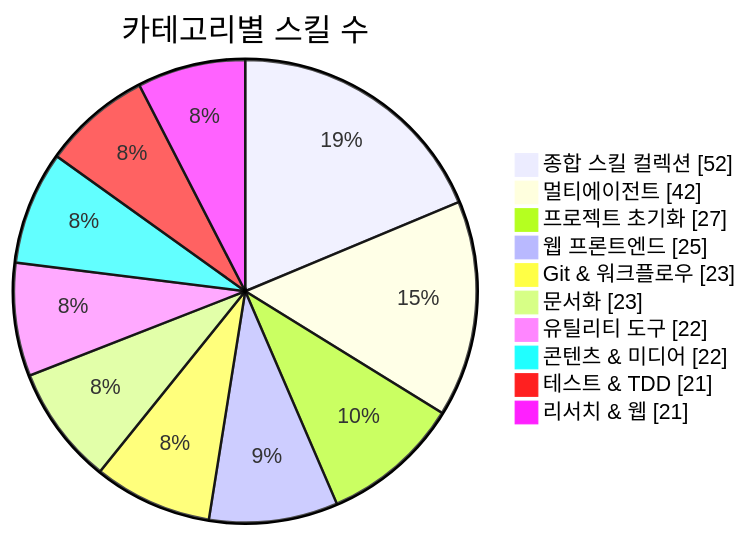
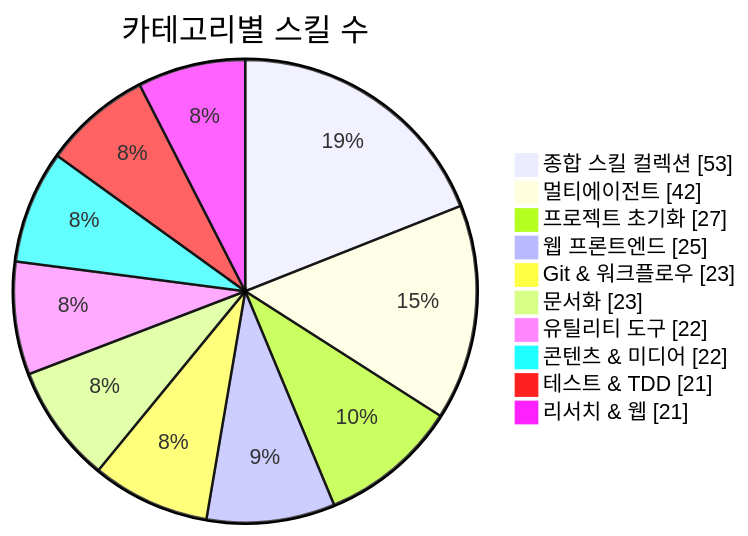
One commit to J-nowcow/awesome-korean-agent-skills changed the first of 3 diagrams in README.md. Above: the diagram before and after it, drawn with Mermaid. The commit also changed other lines of this file and 3 other files, not shown here.

````diff
--- a/README.md
+++ b/README.md
@@ -176,14 +176,14 @@
 ```mermaid
 pie showData
     title 카테고리별 스킬 수
-    "종합 스킬 컬렉션" : 52
+    "종합 스킬 컬렉션" : 53
     "멀티에이전트" : 42
     "프로젝트 초기화" : 27
     "웹 프론트엔드" : 25
     "Git & 워크플로우" : 23
     "문서화" : 23
     "유틸리티 도구" : 22
     "콘텐츠 & 미디어" : 22
     "테스트 & TDD" : 21
     "리서치 & 웹" : 21
 ```
````
